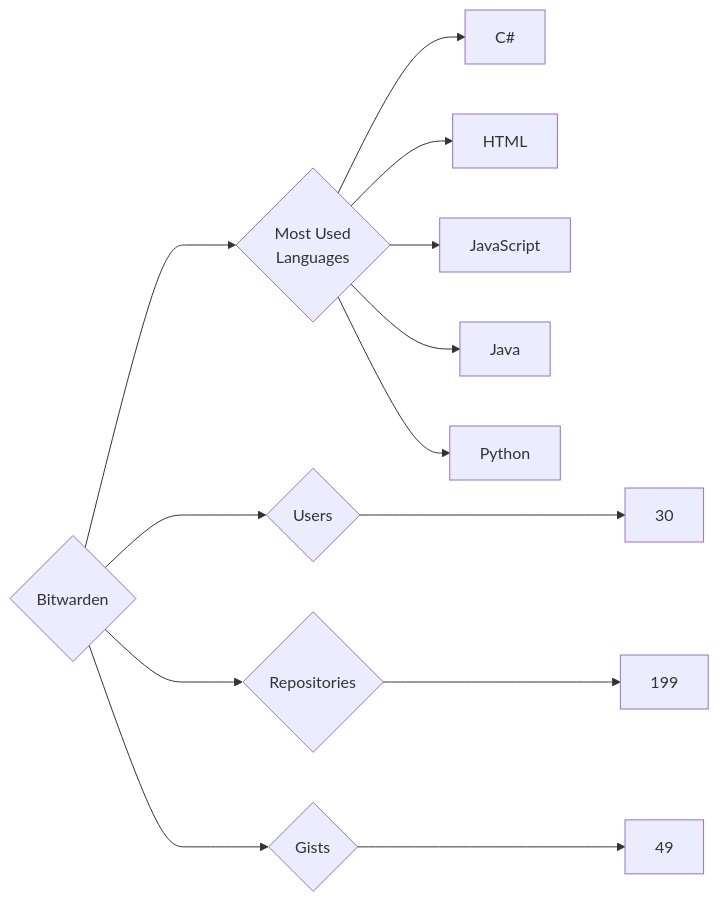
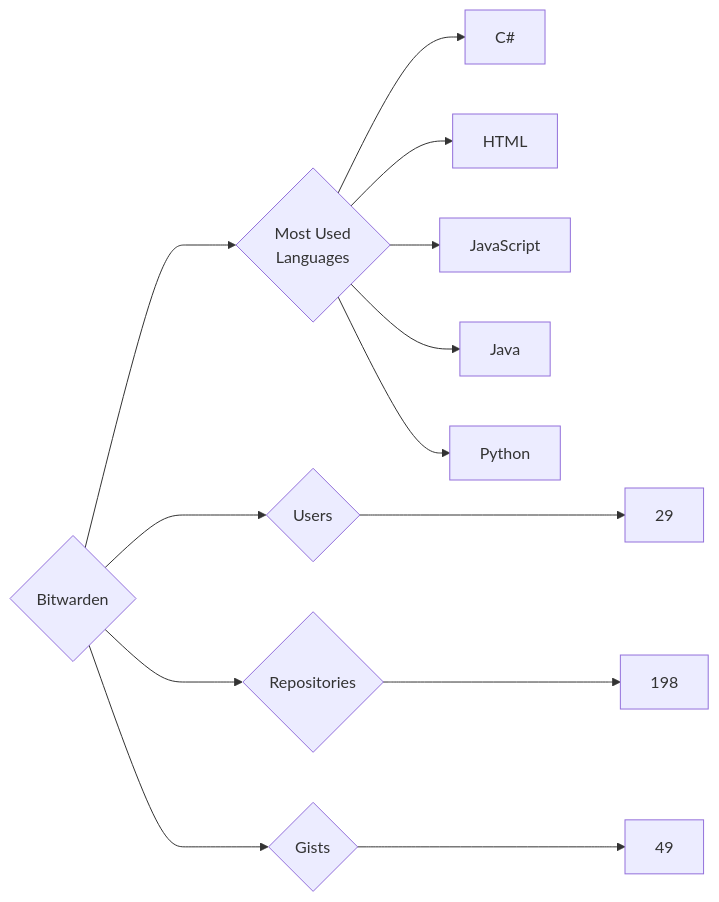
The diagram in targets/Bitwarden/README.md (trickest/insiders), drawn with Mermaid before and after one commit. The commit also changed 927 other files, not shown here.

````diff
--- a/targets/Bitwarden/README.md
+++ b/targets/Bitwarden/README.md
@@ -3,13 +3,13 @@
 ```mermaid
 graph LR
 COMPANY_NAME{Bitwarden}
-COMPANY_NAME ---> U{Users} ---> UN[30]
-COMPANY_NAME ---> R{Repositories} ---> RN[199]
+COMPANY_NAME ---> U{Users} ---> UN[29]
+COMPANY_NAME ---> R{Repositories} ---> RN[198]
 COMPANY_NAME ---> G{Gists} ---> GN[49]
 COMPANY_NAME ---> ML{Most Used<br>Languages}
 ML --> C#[C#]
 ML --> HTML[HTML]
 ML --> JavaScript[JavaScript]
 ML --> Java[Java]
 ML --> Python[Python]
 ```
````
